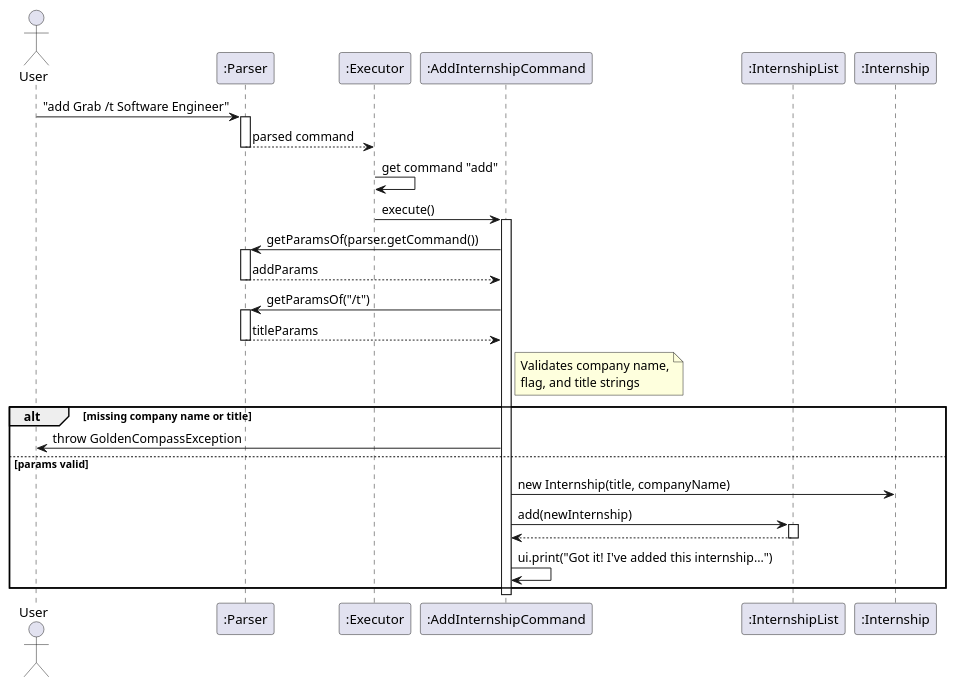
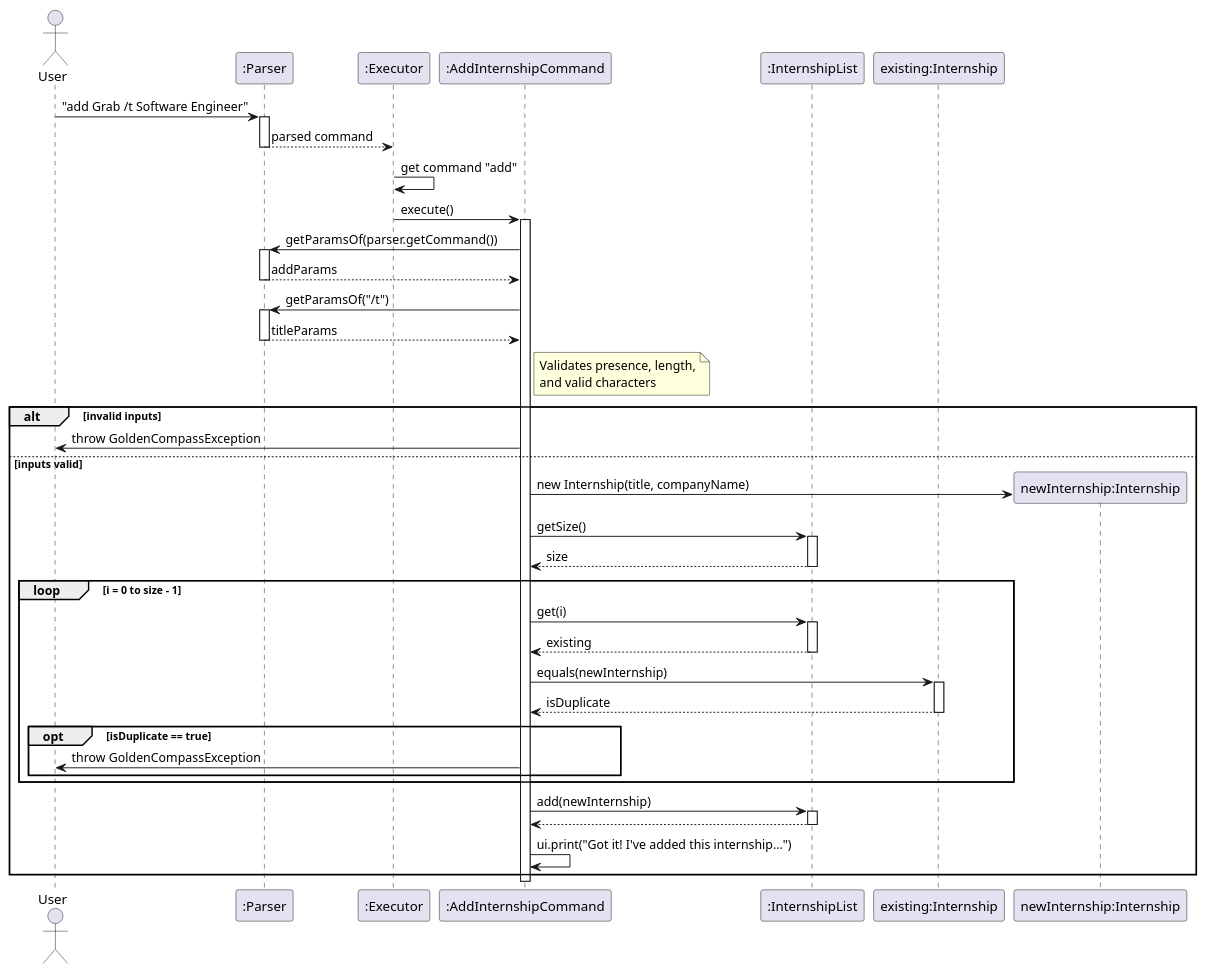
The diagram in docs/diagrams/AddInternshipCommandSequenceDiagram.puml (AY2526S2-CS2113-W10-4/tp), drawn with PlantUML before and after one commit. The commit also changed 5 other files, not shown here.

```diff
--- a/docs/diagrams/AddInternshipCommandSequenceDiagram.puml
+++ b/docs/diagrams/AddInternshipCommandSequenceDiagram.puml
@@ -1,45 +1,68 @@
 @startuml
 actor User
 participant ":Parser" as Parser
 participant ":Executor" as Exec
 participant ":AddInternshipCommand" as Cmd
 participant ":InternshipList" as List
-participant ":Internship" as Intern
+' 🛠️ CHANGED: Added participant for the existing internship to show the equals() comparison
+participant "existing:Internship" as ExistingIntern
+participant "newInternship:Internship" as Intern
 
 User -> Parser : "add Grab /t Software Engineer"
 activate Parser
 Parser --> Exec : parsed command
 deactivate Parser
 
 Exec -> Exec : get command "add"
 Exec -> Cmd : execute()
 activate Cmd
 
 Cmd -> Parser : getParamsOf(parser.getCommand())
 activate Parser
 Parser --> Cmd : addParams
 deactivate Parser
 
 Cmd -> Parser : getParamsOf("/t")
 activate Parser
 Parser --> Cmd : titleParams
 deactivate Parser
 
-note right of Cmd : Validates company name,\nflag, and title strings
+note right of Cmd : Validates presence, length,\nand valid characters
 
-alt missing company name or title
+alt invalid inputs
     Cmd -> User : throw GoldenCompassException
-else params valid
-    create "newInternship:Internship" as Intern
+else inputs valid
+    create Intern
     Cmd -> Intern : new Internship(title, companyName)
+
+    Cmd -> List : getSize()
+    activate List
+    List --> Cmd : size
+    deactivate List
+
+    loop i = 0 to size - 1
+        Cmd -> List : get(i)
+        activate List
+        List --> Cmd : existing
+        deactivate List
+
+        Cmd -> ExistingIntern : equals(newInternship)
+        activate ExistingIntern
+        ExistingIntern --> Cmd : isDuplicate
+        deactivate ExistingIntern
+
+        opt isDuplicate == true
+            Cmd -> User : throw GoldenCompassException
+        end
+    end
 
     Cmd -> List : add(newInternship)
     activate List
     List --> Cmd
     deactivate List
 
     Cmd -> Cmd : ui.print("Got it! I've added this internship...")
 end
 
 deactivate Cmd
 @enduml
```
